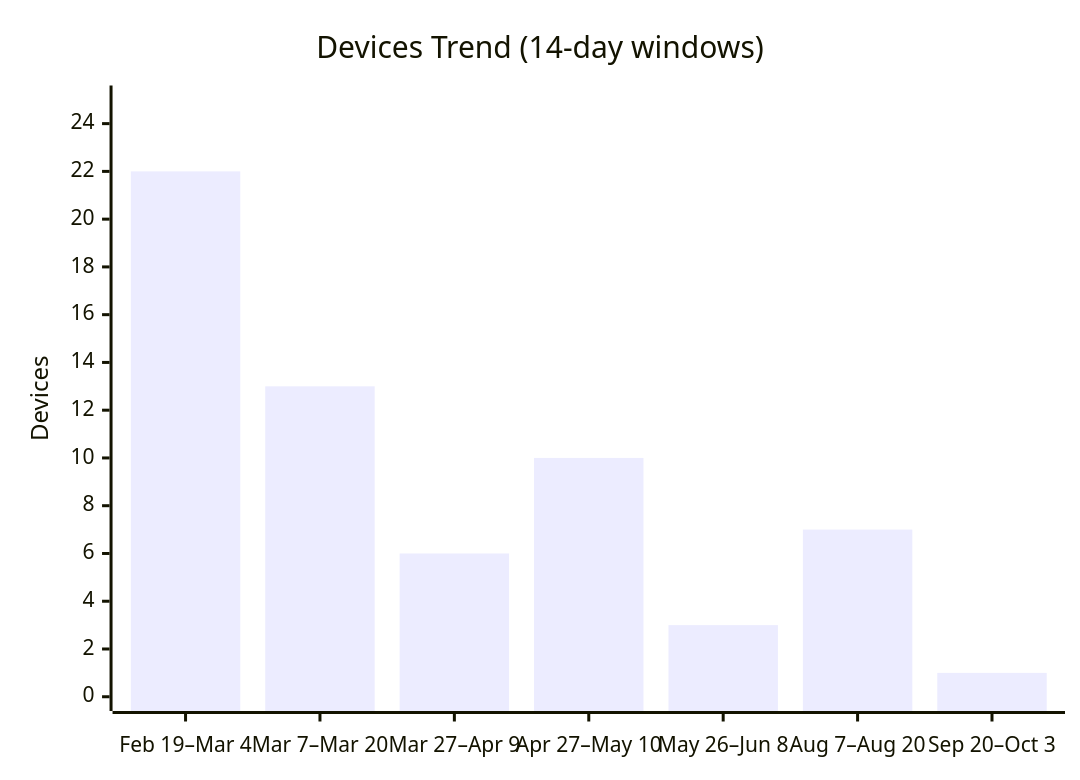
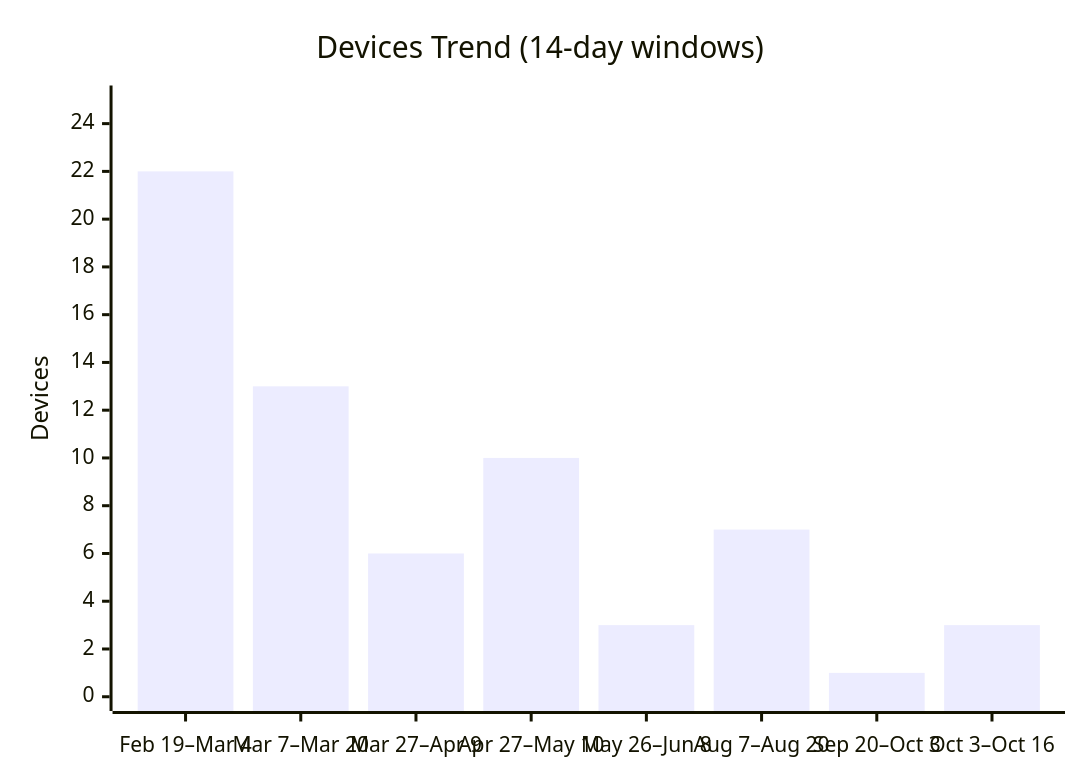
Before and after one commit to thrustCoder/gamer-uncle: the first of 3 diagrams in docs/telemetry/usage_analytics.md, drawn with Mermaid. The commit also changed other lines of this file, not shown here.

First line of the commit message:
docs(telemetry): refresh Oct 3-16 usage snapshot

````diff
--- a/docs/telemetry/usage_analytics.md
+++ b/docs/telemetry/usage_analytics.md
@@ -26,7 +27,7 @@
 ```mermaid
 xychart-beta
     title "Devices Trend (14-day windows)"
-    x-axis ["Feb 19–Mar 4", "Mar 7–Mar 20", "Mar 27–Apr 9", "Apr 27–May 10", "May 26–Jun 8", "Aug 7–Aug 20", "Sep 20–Oct 3"]
+    x-axis ["Feb 19–Mar 4", "Mar 7–Mar 20", "Mar 27–Apr 9", "Apr 27–May 10", "May 26–Jun 8", "Aug 7–Aug 20", "Sep 20–Oct 3", "Oct 3–Oct 16"]
     y-axis "Devices" 0 --> 25
-    bar [22, 13, 6, 10, 3, 7, 1]
+    bar [22, 13, 6, 10, 3, 7, 1, 3]
 ```
````
